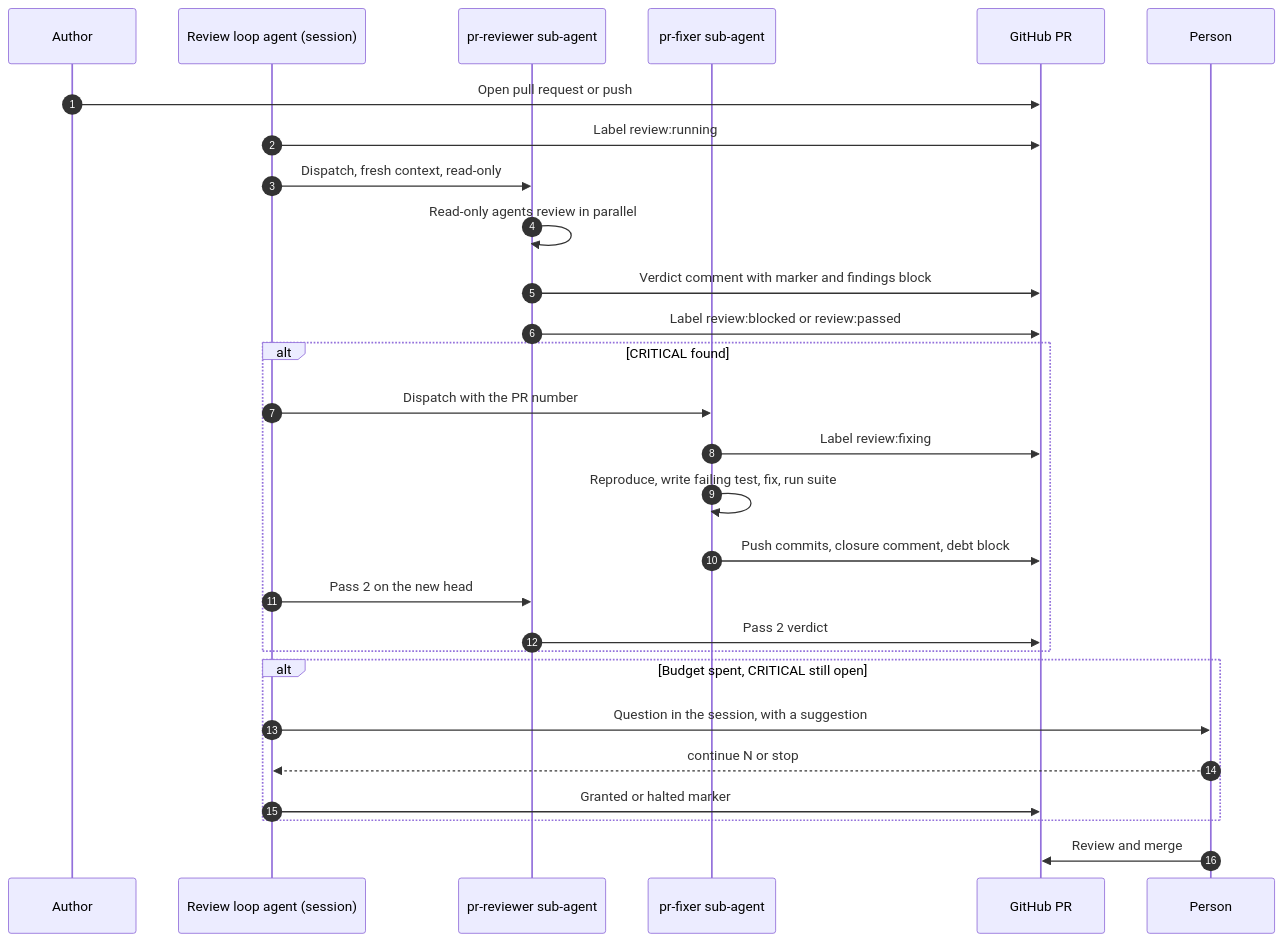
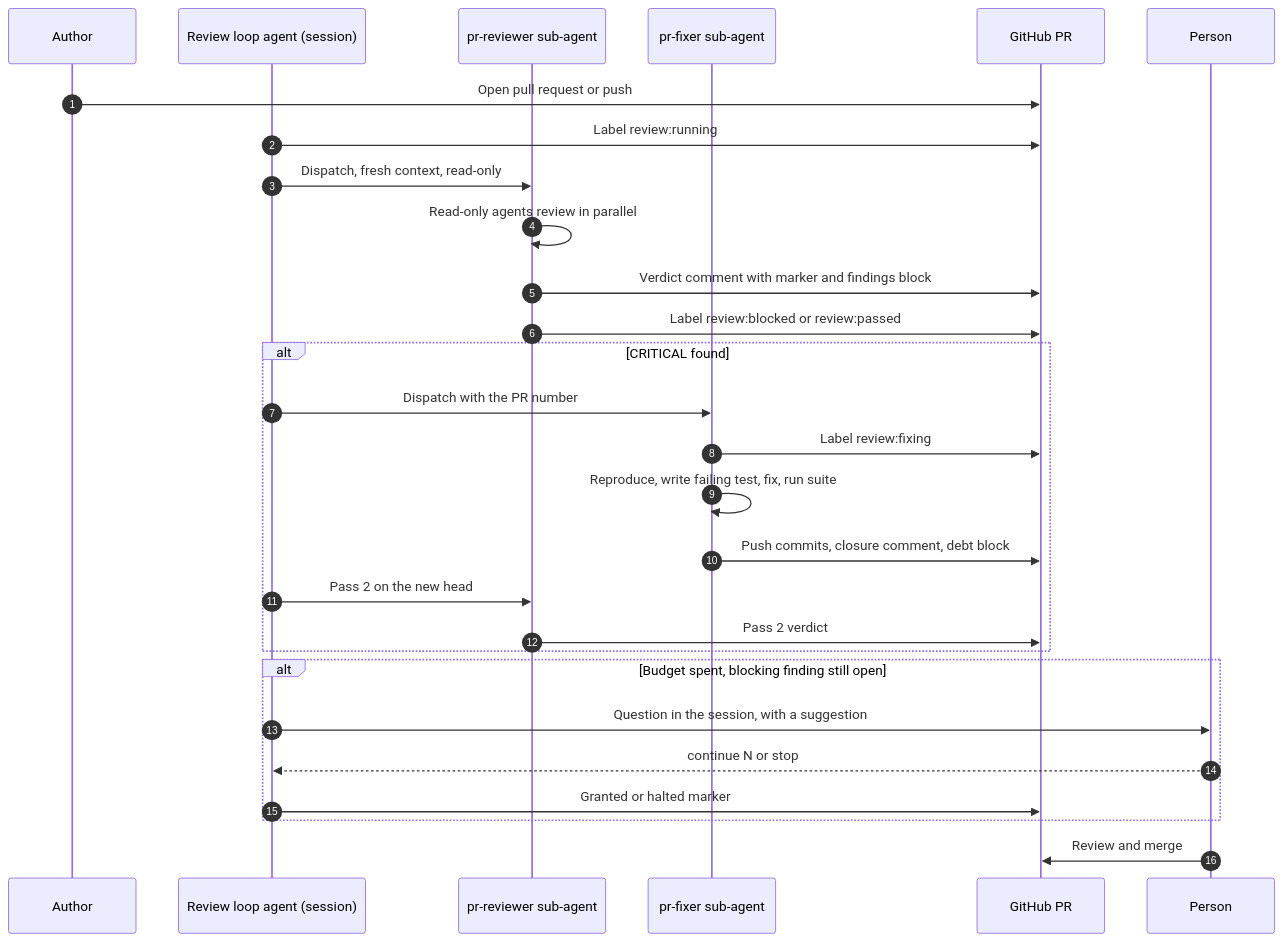
One commit to jonyfs/pr-reviewer-fixer changed the diagram in docs/diagrams/02-sequence.mmd. Above: the diagram before and after it, drawn with Mermaid. The commit also changed 17 other files, not shown here.

First line of the commit message:
0.7.1: fixer, loop and budget prose speak of blocking findings (W1 of #15 pass 1)

```diff
--- a/docs/diagrams/02-sequence.mmd
+++ b/docs/diagrams/02-sequence.mmd
@@ -1,28 +1,28 @@
 sequenceDiagram
     autonumber
     participant Dev as Author
     participant L as Review loop agent (session)
     participant R as pr-reviewer sub-agent
     participant F as pr-fixer sub-agent
     participant GH as GitHub PR
     participant P as Person
     Dev->>GH: Open pull request or push
     L->>GH: Label review:running
     L->>R: Dispatch, fresh context, read-only
     R->>R: Read-only agents review in parallel
     R->>GH: Verdict comment with marker and findings block
     R->>GH: Label review:blocked or review:passed
     alt CRITICAL found
         L->>F: Dispatch with the PR number
         F->>GH: Label review:fixing
         F->>F: Reproduce, write failing test, fix, run suite
         F->>GH: Push commits, closure comment, debt block
         L->>R: Pass 2 on the new head
         R->>GH: Pass 2 verdict
     end
-    alt Budget spent, CRITICAL still open
+    alt Budget spent, blocking finding still open
         L->>P: Question in the session, with a suggestion
         P-->>L: continue N or stop
         L->>GH: Granted or halted marker
     end
     P->>GH: Review and merge
```
